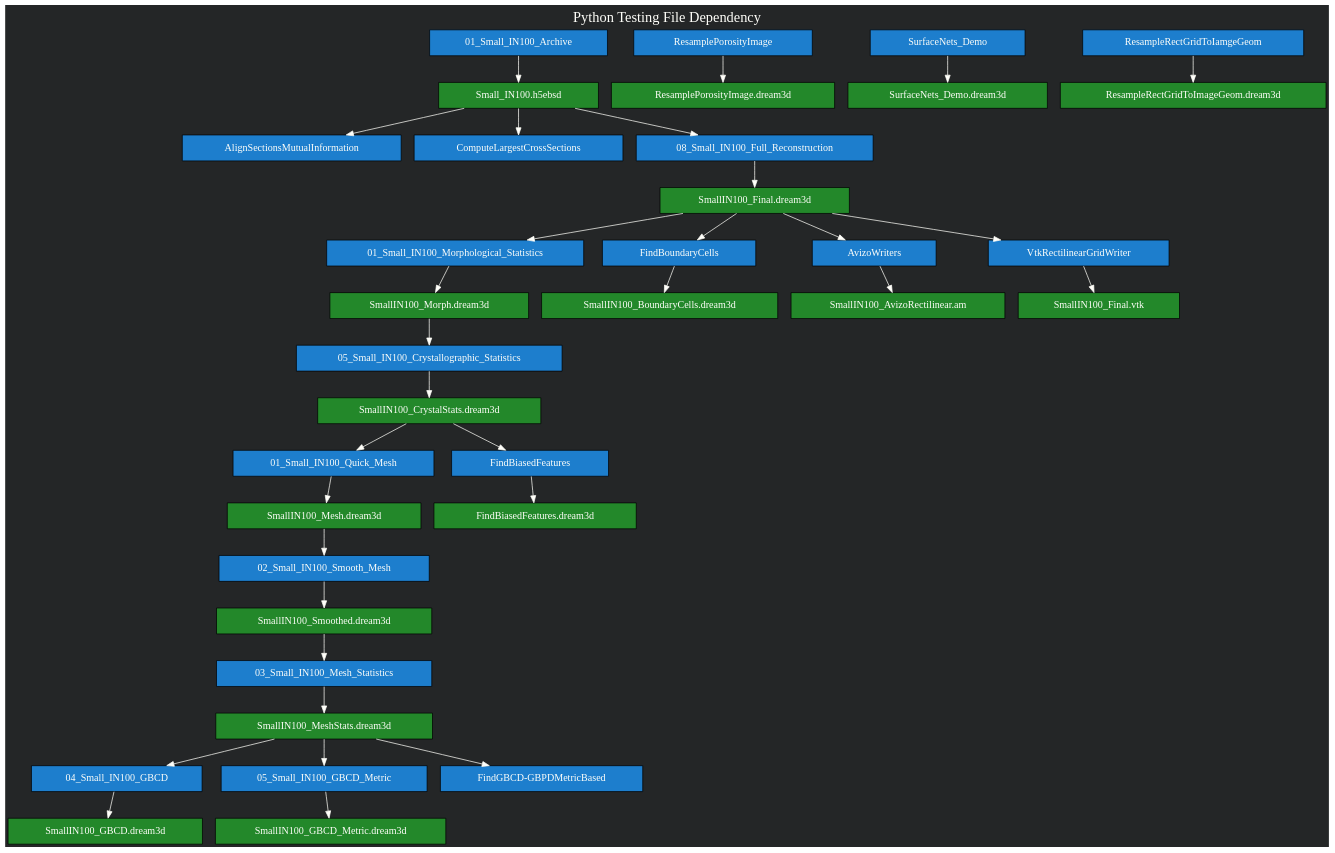
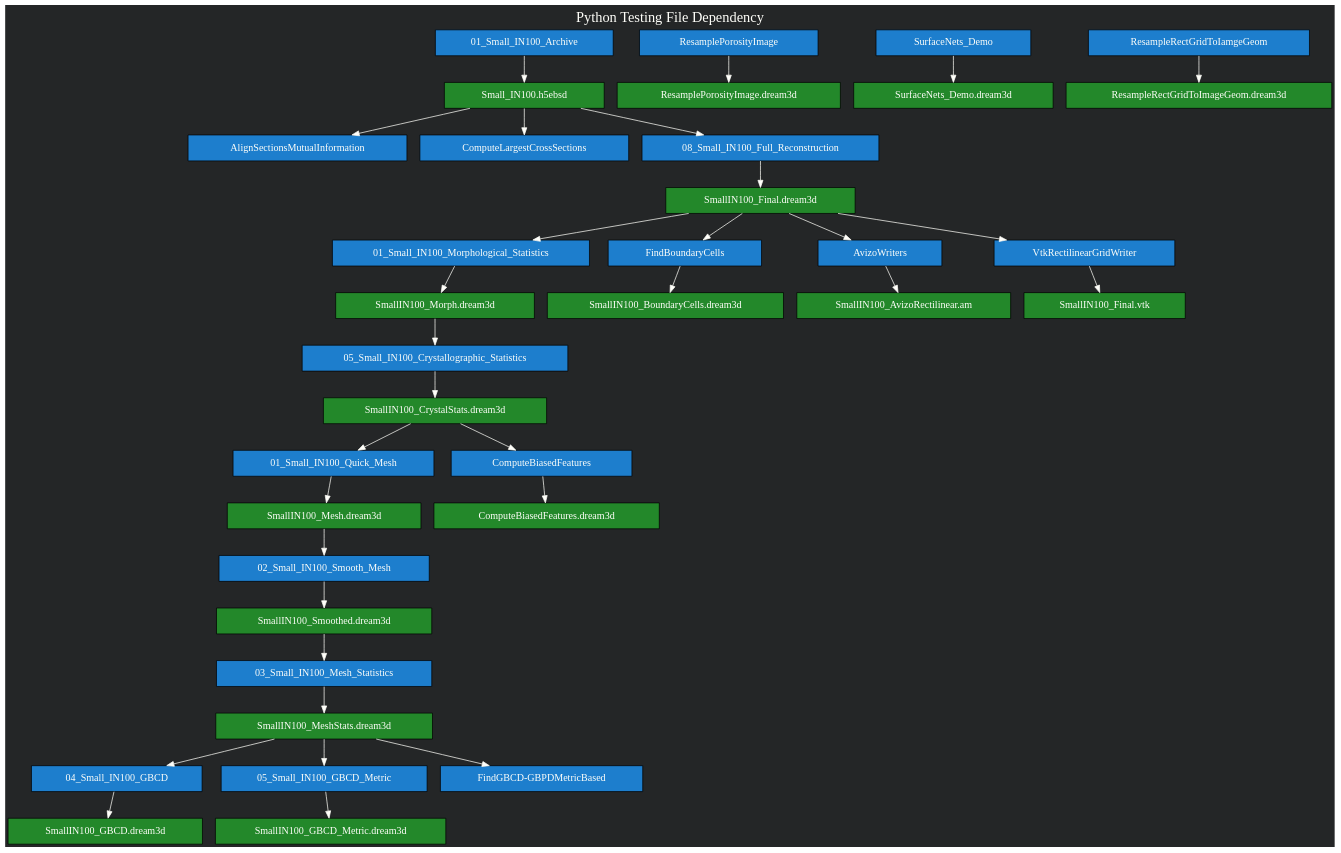
Before and after one commit to BlueQuartzSoftware/simplnx: the diagram in wrapping/python/examples/file_dependency.dot, drawn with Graphviz. The commit also changed 12 other files, not shown here.

Commit message:
Renamed FindBiasedFeaturesFilter to ComputeBiasedFeaturesFilter

```diff
--- a/wrapping/python/examples/file_dependency.dot
+++ b/wrapping/python/examples/file_dependency.dot
@@ -1,81 +1,81 @@
 digraph G {
   //rankdir=LR;
 
   label="Python Testing File Dependency"
 	labelloc="t"
   fontname="Fira Mono"
   fontcolor="#FFFFFA"
   fontsize=20
 	
 
 	graph [splines=true 
         bgcolor="#242627"
         ]
 
 	node [shape=record 
         style="filled" 
         fillcolor="#1D7ECD" 
         fontcolor="#FFFFFA"
         fontname="Fira Mono"
         margin="0.61,0.1"
         ]
     
   edge [
         // dir=back 
         arrowtail=default
         arrowhead=normal
         style="" 
         // headport="w" 
         // tailport="e"
         color="#FFFFFA"
         ]
 
 
 "Small_IN100.h5ebsd" [shape=record  fillcolor="#23882A"]
 "SmallIN100_Final.dream3d" [shape=record  fillcolor="#23882A"]
 "SmallIN100_Morph.dream3d" [shape=record  fillcolor="#23882A"]
 "SmallIN100_BoundaryCells.dream3d" [shape=record  fillcolor="#23882A"]
 "SmallIN100_AvizoRectilinear.am" [shape=record  fillcolor="#23882A"]
 "SmallIN100_Final.vtk" [shape=record  fillcolor="#23882A"]
 "SmallIN100_CrystalStats.dream3d" [shape=record  fillcolor="#23882A"]
 "SmallIN100_Mesh.dream3d" [shape=record  fillcolor="#23882A"]
-"FindBiasedFeatures.dream3d" [shape=record  fillcolor="#23882A"]
+"ComputeBiasedFeatures.dream3d" [shape=record  fillcolor="#23882A"]
 "SmallIN100_Smoothed.dream3d" [shape=record  fillcolor="#23882A"]
 "SmallIN100_MeshStats.dream3d" [shape=record  fillcolor="#23882A"]
 "SmallIN100_GBCD.dream3d" [shape=record  fillcolor="#23882A"]
 "SmallIN100_GBCD_Metric.dream3d" [shape=record  fillcolor="#23882A"]
 "ResamplePorosityImage.dream3d" [shape=record  fillcolor="#23882A"]
 "SurfaceNets_Demo.dream3d" [shape=record  fillcolor="#23882A"]
 "ResampleRectGridToImageGeom.dream3d" [shape=record  fillcolor="#23882A"]
 
   "01_Small_IN100_Archive" -> "Small_IN100.h5ebsd"
 
   "Small_IN100.h5ebsd" -> AlignSectionsMutualInformation
   "Small_IN100.h5ebsd" -> ComputeLargestCrossSections
     
   "Small_IN100.h5ebsd" -> "08_Small_IN100_Full_Reconstruction" -> "SmallIN100_Final.dream3d"
 
   "SmallIN100_Final.dream3d" -> "01_Small_IN100_Morphological_Statistics" -> "SmallIN100_Morph.dream3d"
   "SmallIN100_Final.dream3d" -> "FindBoundaryCells" -> "SmallIN100_BoundaryCells.dream3d"
   "SmallIN100_Final.dream3d" -> "AvizoWriters" -> "SmallIN100_AvizoRectilinear.am"
   "SmallIN100_Final.dream3d" -> "VtkRectilinearGridWriter" -> "SmallIN100_Final.vtk"
   
   "SmallIN100_Morph.dream3d" -> "05_Small_IN100_Crystallographic_Statistics" -> "SmallIN100_CrystalStats.dream3d"
   
   "SmallIN100_CrystalStats.dream3d"->"01_Small_IN100_Quick_Mesh"-> "SmallIN100_Mesh.dream3d"
-  "SmallIN100_CrystalStats.dream3d" -> "FindBiasedFeatures" -> "FindBiasedFeatures.dream3d"
+  "SmallIN100_CrystalStats.dream3d" -> "ComputeBiasedFeatures" -> "ComputeBiasedFeatures.dream3d"
 
   "SmallIN100_Mesh.dream3d" -> "02_Small_IN100_Smooth_Mesh" -> "SmallIN100_Smoothed.dream3d"
   "SmallIN100_Smoothed.dream3d" -> "03_Small_IN100_Mesh_Statistics" -> "SmallIN100_MeshStats.dream3d"
   "SmallIN100_MeshStats.dream3d" -> "04_Small_IN100_GBCD" -> "SmallIN100_GBCD.dream3d"
   "SmallIN100_MeshStats.dream3d" -> "05_Small_IN100_GBCD_Metric" -> "SmallIN100_GBCD_Metric.dream3d"
 
 
   "SmallIN100_MeshStats.dream3d" -> "FindGBCD-GBPDMetricBased"
 
   "ResamplePorosityImage" -> "ResamplePorosityImage.dream3d"
   "SurfaceNets_Demo" -> "SurfaceNets_Demo.dream3d"
   "ResampleRectGridToIamgeGeom" -> "ResampleRectGridToImageGeom.dream3d"
 
 
 }
```
